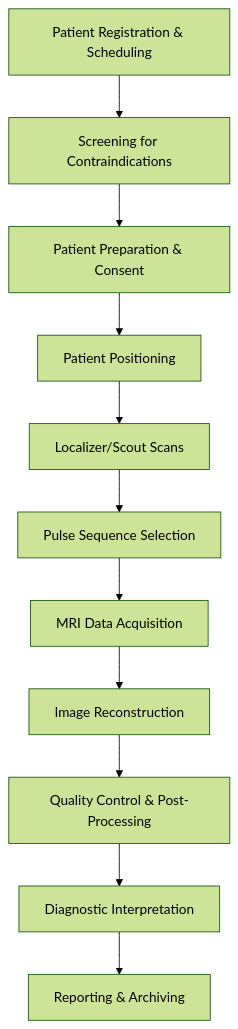
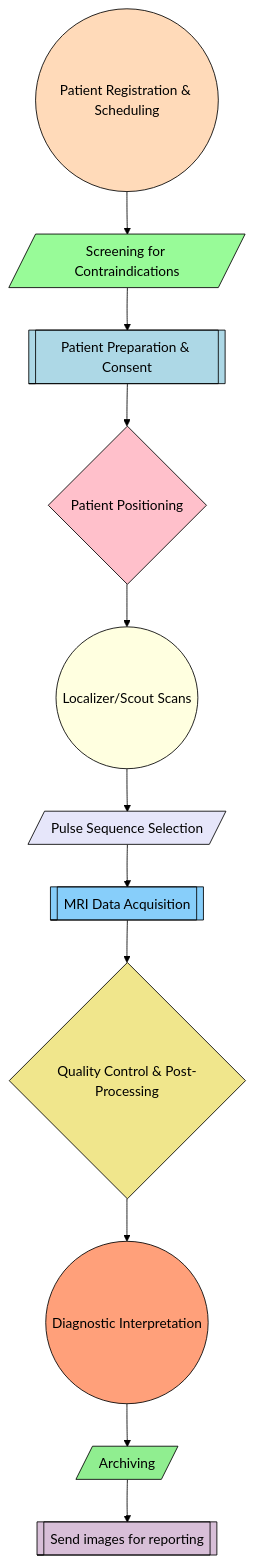
The diagram in docs/source/2-process_diagram.rst (BioMedicalImaging-Core-NYUAD/brainimaging-lab-documentation), drawn with Mermaid (forest theme) before and after one commit. The commit also changed 2 other files, not shown here.

Commit message:
changed flowchart

```diff
--- a/docs/source/2-process_diagram.rst
+++ b/docs/source/2-process_diagram.rst
@@ -6,13 +6,25 @@
 .. mermaid::
 
     graph TD
-        A[Patient Registration & Scheduling] --> B[Screening for Contraindications]
-        B --> C[Patient Preparation & Consent]
-        C --> D[Patient Positioning]
-        D --> E[Localizer/Scout Scans]
-        E --> F[Pulse Sequence Selection]
-        F --> G[MRI Data Acquisition]
-        G --> H[Image Reconstruction]
-        H --> I[Quality Control & Post-Processing]
-        I --> J[Diagnostic Interpretation]
-        J --> K[Reporting & Archiving]
+        A((Patient Registration & Scheduling)) --> B[/Screening for Contraindications/]
+        B --> C[[Patient Preparation & Consent]]
+        C --> D{Patient Positioning}
+        D --> E((Localizer/Scout Scans))
+        E --> F[/Pulse Sequence Selection/]
+        F --> G[[MRI Data Acquisition]]
+        G --> H{Quality Control & Post-Processing}
+        H --> I((Diagnostic Interpretation))
+        I --> J[/Archiving/]
+        J --> K[[Send images for reporting]]
+
+        style A fill:#FFDAB9,stroke:#000,stroke-width:1px
+        style B fill:#98FB98,stroke:#000,stroke-width:1px
+        style C fill:#ADD8E6,stroke:#000,stroke-width:1px
+        style D fill:#FFC0CB,stroke:#000,stroke-width:1px
+        style E fill:#FFFFE0,stroke:#000,stroke-width:1px
+        style F fill:#E6E6FA,stroke:#000,stroke-width:1px
+        style G fill:#87CEFA,stroke:#000,stroke-width:1px
+        style H fill:#F0E68C,stroke:#000,stroke-width:1px
+        style I fill:#FFA07A,stroke:#000,stroke-width:1px
+        style J fill:#90EE90,stroke:#000,stroke-width:1px
+        style K fill:#D8BFD8,stroke:#000,stroke-width:1px
```
